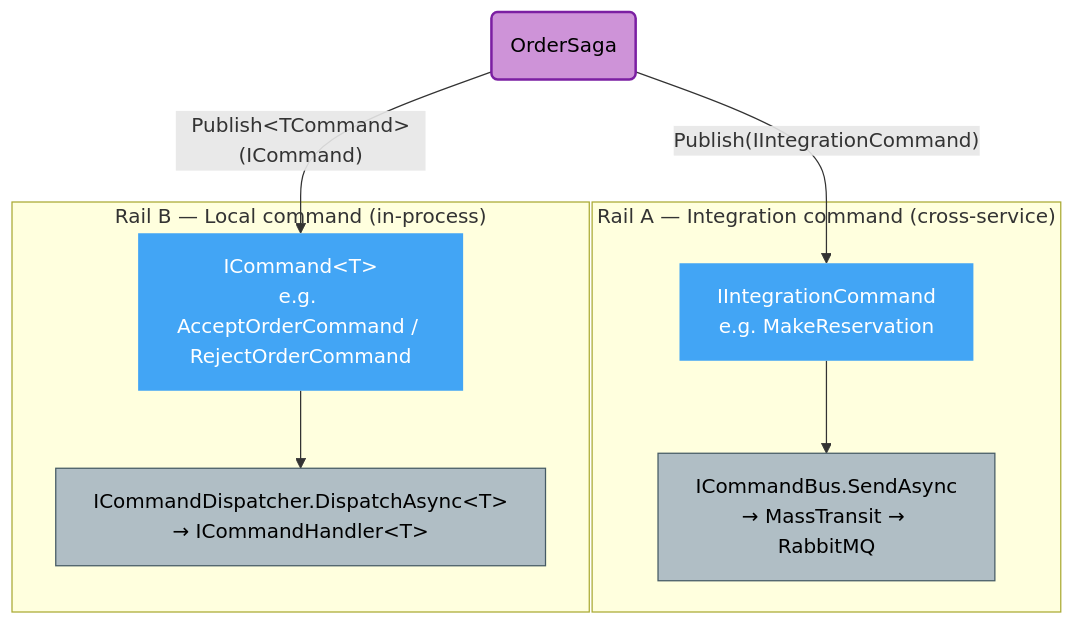
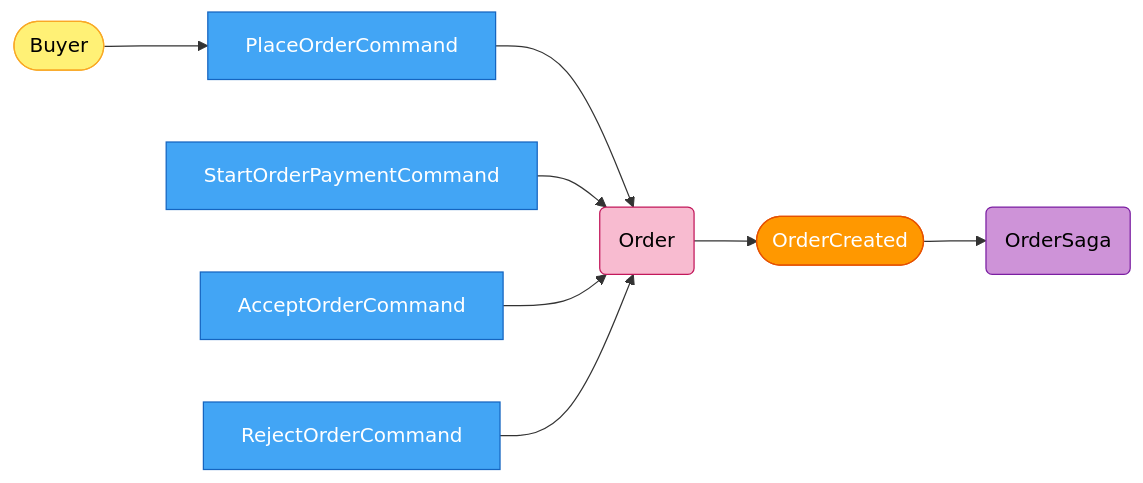
The fifth of 17 diagrams in Order/src/EShop.Order.API/README.md (mnnam1302/EShop), drawn with Mermaid before and after one commit. The commit also changed other lines of this file and 105 other files, not shown here.

First line of the commit message:
[EShop-2606] Introduce Finance service + Place-Order saga payment step (#71)

````diff
--- a/Order/src/EShop.Order.API/README.md
+++ b/Order/src/EShop.Order.API/README.md
@@ -46,21 +144,14 @@
 ```mermaid
-flowchart TB
-    classDef pm      fill:#ce93d8,color:#000,stroke:#7b1fa2,stroke-width:2px
-    classDef command fill:#42a5f5,color:#fff,stroke:none
-    classDef infra   fill:#b0bec5,color:#000,stroke:#455a64
+graph LR
+    Buyer([Buyer]):::actor --> Place[PlaceOrderCommand]:::command --> OA(Order):::aggregate
+    OA --> OC([OrderCreated]):::event --> PM(OrderSaga):::policy
+    Start[StartOrderPaymentCommand]:::command --> OA
+    Accept[AcceptOrderCommand]:::command --> OA
+    Reject[RejectOrderCommand]:::command --> OA
 
-    PM(OrderSaga):::pm
-
-    subgraph RAIL_A["Rail A — Integration command (cross-service)"]
-        IC["IIntegrationCommand<br/>e.g. MakeReservation"]:::command
-        BUS["ICommandBus.SendAsync<br/>→ MassTransit → RabbitMQ"]:::infra
-    end
-
-    subgraph RAIL_B["Rail B — Local command (in-process)"]
-        LC["ICommand&lt;T&gt;<br/>e.g. AcceptOrderCommand / RejectOrderCommand"]:::command
-        DISP["ICommandDispatcher.DispatchAsync&lt;T&gt;<br/>→ ICommandHandler&lt;T&gt;"]:::infra
-    end
-
-    PM -->|"Publish(IIntegrationCommand)"| IC --> BUS
-    PM -->|"Publish&lt;TCommand&gt;(ICommand)"| LC --> DISP
+    classDef actor    fill:#fff176,stroke:#f9a825,color:#000
+    classDef command  fill:#42a5f5,stroke:#1565c0,color:#fff
+    classDef aggregate fill:#f8bbd0,stroke:#c2185b,color:#000
+    classDef event    fill:#ff9800,stroke:#e65100,color:#fff
+    classDef policy   fill:#ce93d8,stroke:#7b1fa2,color:#000
 ```
````
